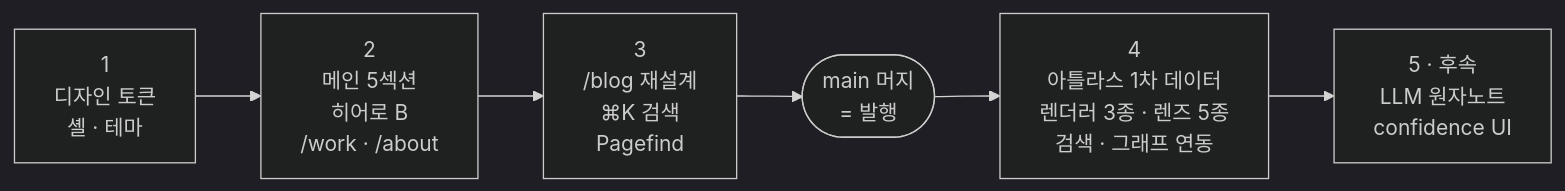
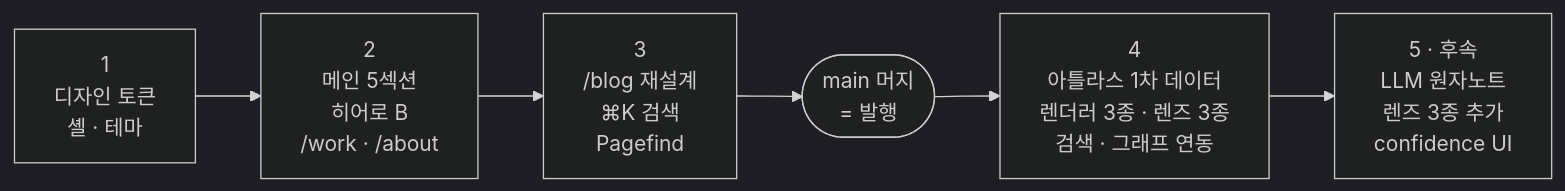
The eighth of 8 diagrams in docs/superpowers/specs/2026-08-25-redesign-and-atlas.md (withwooyong/withwooyong.github.io), drawn with Mermaid (dark theme) before and after one commit. The commit also changed other lines of this file, not shown here.

````diff
--- a/docs/superpowers/specs/2026-08-25-redesign-and-atlas.md
+++ b/docs/superpowers/specs/2026-08-25-redesign-and-atlas.md
@@ -636,8 +903,8 @@
 ```mermaid
 flowchart LR
     P1["1<br/>디자인 토큰<br/>셸 · 테마"] --> P2["2<br/>메인 5섹션<br/>히어로 B<br/>/work · /about"]
     P2 --> P3["3<br/>/blog 재설계<br/>⌘K 검색<br/>Pagefind"]
     P3 --> MERGE(["main 머지<br/>= 발행"])
-    MERGE --> P4["4<br/>아틀라스 1차 데이터<br/>렌더러 3종 · 렌즈 5종<br/>검색 · 그래프 연동"]
-    P4 --> P5["5 · 후속<br/>LLM 원자노트<br/>confidence UI"]
+    MERGE --> P4["4<br/>아틀라스 1차 데이터<br/>렌더러 3종 · 렌즈 3종<br/>검색 · 그래프 연동"]
+    P4 --> P5["5 · 후속<br/>LLM 원자노트<br/>렌즈 3종 추가<br/>confidence UI"]
 ```
````
